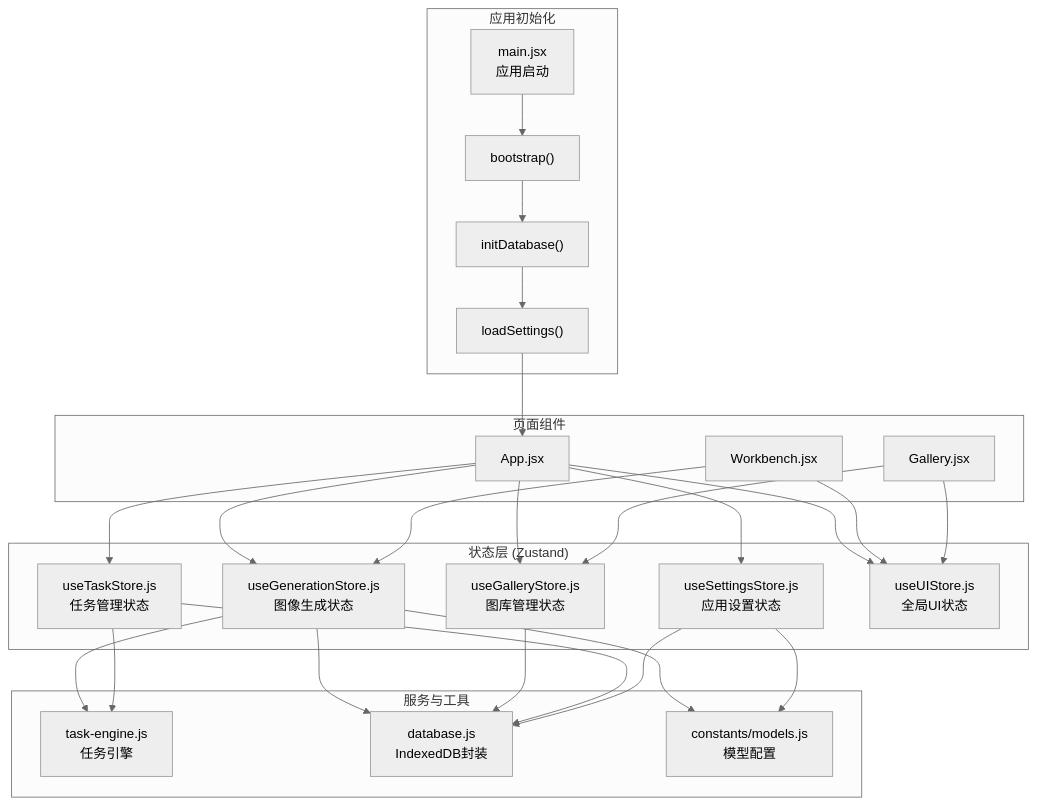
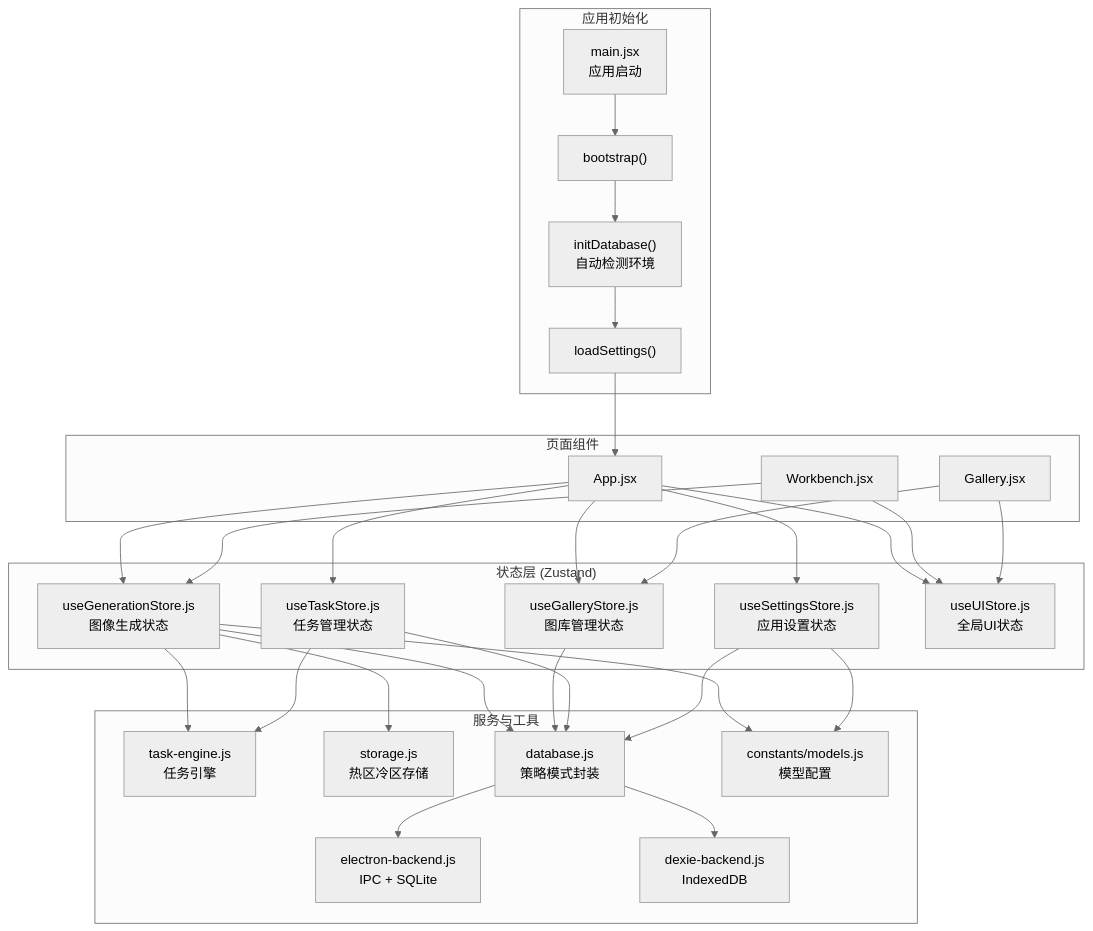
The first of 14 diagrams in .qoder/repowiki/zh/content/架构设计/数据流设计/Zustand 状态管理/Zustand 状态管理.md (AlbusWei/AI-Image-Studio), drawn with Mermaid (neutral theme) before and after one commit. The commit also changed other lines of this file and 37 other files, not shown here.

First line of the commit message:
feat: 统一数据源 - 浏览器和 Electron 共享同一 SQLite 数据库

````diff
--- a/.qoder/repowiki/zh/content/架构设计/数据流设计/Zustand 状态管理/Zustand 状态管理.md
+++ b/.qoder/repowiki/zh/content/架构设计/数据流设计/Zustand 状态管理/Zustand 状态管理.md
@@ -56,44 +62,50 @@
 ```mermaid
 graph TB
 subgraph "应用初始化"
 MAIN["main.jsx<br/>应用启动"]
 BOOT["bootstrap()"]
-DB_INIT["initDatabase()"]
+DB_INIT["initDatabase()<br/>自动检测环境"]
 SETTINGS_LOAD["loadSettings()"]
 end
 subgraph "页面组件"
 WB["Workbench.jsx"]
 GAL["Gallery.jsx"]
 APP["App.jsx"]
 end
 subgraph "状态层 (Zustand)"
 GEN["useGenerationStore.js<br/>图像生成状态"]
 GALL["useGalleryStore.js<br/>图库管理状态"]
 TASK["useTaskStore.js<br/>任务管理状态"]
 SETTING["useSettingsStore.js<br/>应用设置状态"]
 UI["useUIStore.js<br/>全局UI状态"]
 end
 subgraph "服务与工具"
 TE["task-engine.js<br/>任务引擎"]
-DB["database.js<br/>IndexedDB封装"]
+STORAGE["storage.js<br/>热区冷区存储"]
+DB["database.js<br/>策略模式封装"]
+ELEC["electron-backend.js<br/>IPC + SQLite"]
+DEXIE["dexie-backend.js<br/>IndexedDB"]
 MODELS["constants/models.js<br/>模型配置"]
 end
 MAIN --> BOOT --> DB_INIT --> SETTINGS_LOAD --> APP
 APP --> GEN
 APP --> GALL
 APP --> TASK
 APP --> SETTING
 APP --> UI
 WB --> GEN
 WB --> UI
 GAL --> GALL
 GAL --> UI
 GEN --> MODELS
 GEN --> TE
+GEN --> STORAGE
 GEN --> DB
 GALL --> DB
 TASK --> DB
 TASK --> TE
 SETTING --> DB
 SETTING --> MODELS
+DB --> ELEC
+DB --> DEXIE
 ```
````
